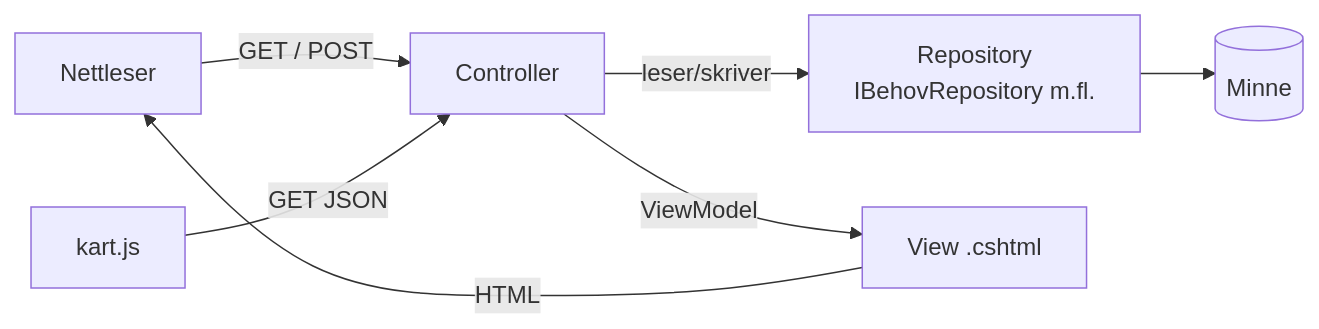
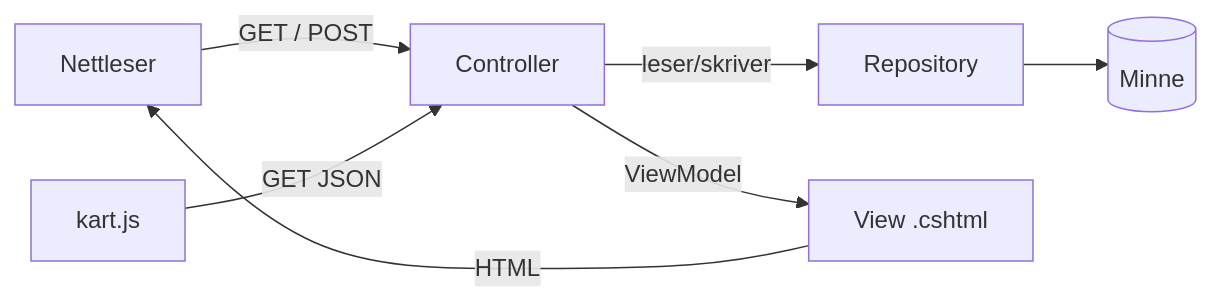
One commit to thilomoi05/Prosjekt_host_1 changed the diagram in README.md. Above: the diagram before and after it, drawn with Mermaid. The commit also changed other lines of this file, not shown here.

````diff
--- a/README.md
+++ b/README.md
@@ -65,9 +65,9 @@
 ```mermaid
 flowchart LR
     B[Nettleser] -->|GET / POST| C[Controller]
-    C -->|leser/skriver| R[Repository<br/>IBehovRepository m.fl.]
+    C -->|leser/skriver| R[Repository]
     R --> D[(Minne)]
     C -->|ViewModel| V[View .cshtml]
     V -->|HTML| B
     K[kart.js] -->|GET JSON| C
 ```
````
